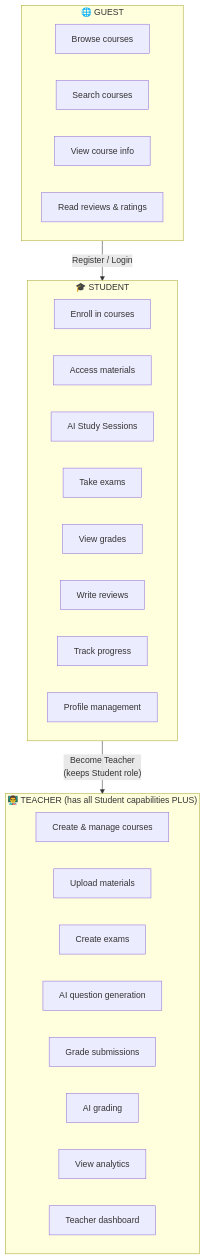
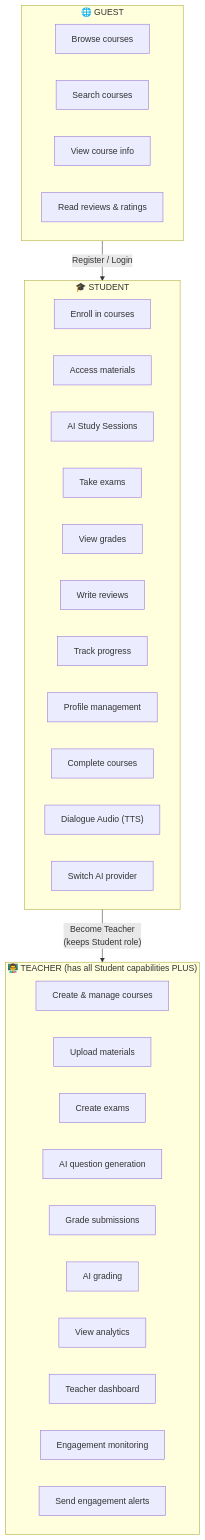
Before and after one commit to ahmedashraf0001/AI-Powered-Educational-Platform: the second of 42 diagrams in docs/USER_JOURNEY.md, drawn with Mermaid. The commit also changed other lines of this file and 3 other files, not shown here.

````diff
--- a/docs/USER_JOURNEY.md
+++ b/docs/USER_JOURNEY.md
@@ -79,34 +90,39 @@
 ```mermaid
 graph TD
     subgraph GUEST["🌐 GUEST"]
         G1["Browse courses"]
         G2["Search courses"]
         G3["View course info"]
         G4["Read reviews & ratings"]
     end
 
     subgraph STUDENT["🎓 STUDENT"]
         S1["Enroll in courses"]
         S2["Access materials"]
         S3["AI Study Sessions"]
         S4["Take exams"]
         S5["View grades"]
         S6["Write reviews"]
         S7["Track progress"]
         S8["Profile management"]
+        S9["Complete courses"]
+        S10["Dialogue Audio (TTS)"]
+        S11["Switch AI provider"]
     end
 
     subgraph TEACHER["👨‍🏫 TEACHER (has all Student capabilities PLUS)"]
         T1["Create & manage courses"]
         T2["Upload materials"]
         T3["Create exams"]
         T4["AI question generation"]
         T5["Grade submissions"]
         T6["AI grading"]
         T7["View analytics"]
         T8["Teacher dashboard"]
+        T9["Engagement monitoring"]
+        T10["Send engagement alerts"]
     end
 
     GUEST -->|"Register / Login"| STUDENT
     STUDENT -->|"Become Teacher<br/>(keeps Student role)"| TEACHER
 ```
````
